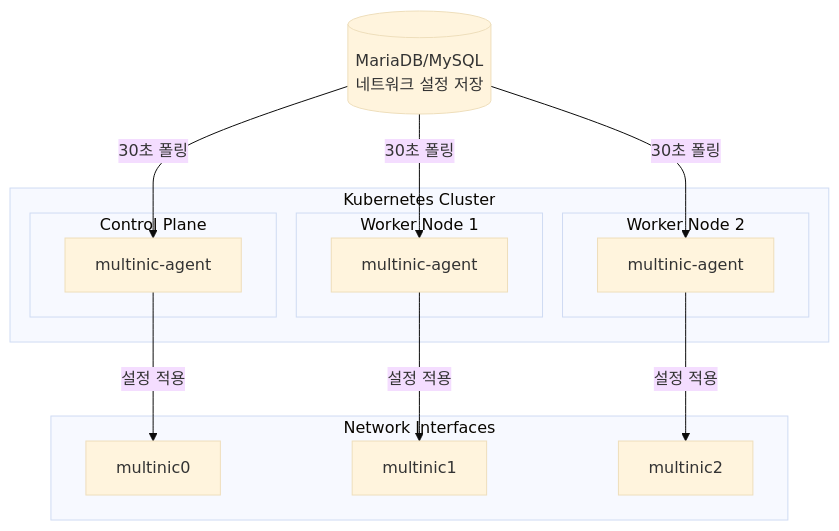
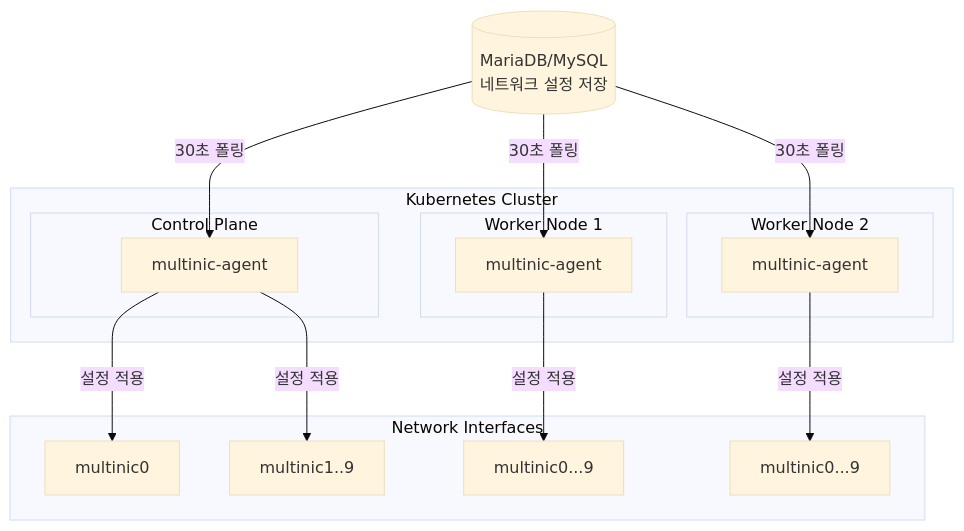
The first of 2 diagrams in README_TEAM.md (Minzino/multinic-agent), drawn with Mermaid (base theme) before and after one commit. The commit also changed other lines of this file and 3 other files, not shown here.

````diff
--- a/README_TEAM.md
+++ b/README_TEAM.md
@@ -27,32 +16,35 @@
 ```mermaid
 graph TB
     DB[(MariaDB/MySQL<br/>네트워크 설정 저장)]
     
     subgraph "Kubernetes Cluster"
         subgraph "Control Plane"
             CP[multinic-agent]
         end
         
         subgraph "Worker Node 1"
             W1[multinic-agent]
         end
         
         subgraph "Worker Node 2"
             W2[multinic-agent]
         end
     end
     
     subgraph "Network Interfaces"
         INT1[multinic0]
-        INT2[multinic1]
-        INT3[multinic2]
+        INT2[multinic1..9]
+        INT3[multinic0...9]
+        INT4[multinic0...9]
     end
     
     DB -->|30초 폴링| CP
     DB -->|30초 폴링| W1
     DB -->|30초 폴링| W2
     
     CP -->|설정 적용| INT1
-    W1 -->|설정 적용| INT2
-    W2 -->|설정 적용| INT3
+    CP -->|설정 적용| INT2
+    W1 -->|설정 적용| INT3
+    W2 -->|설정 적용| INT4
+  
 ```
````
